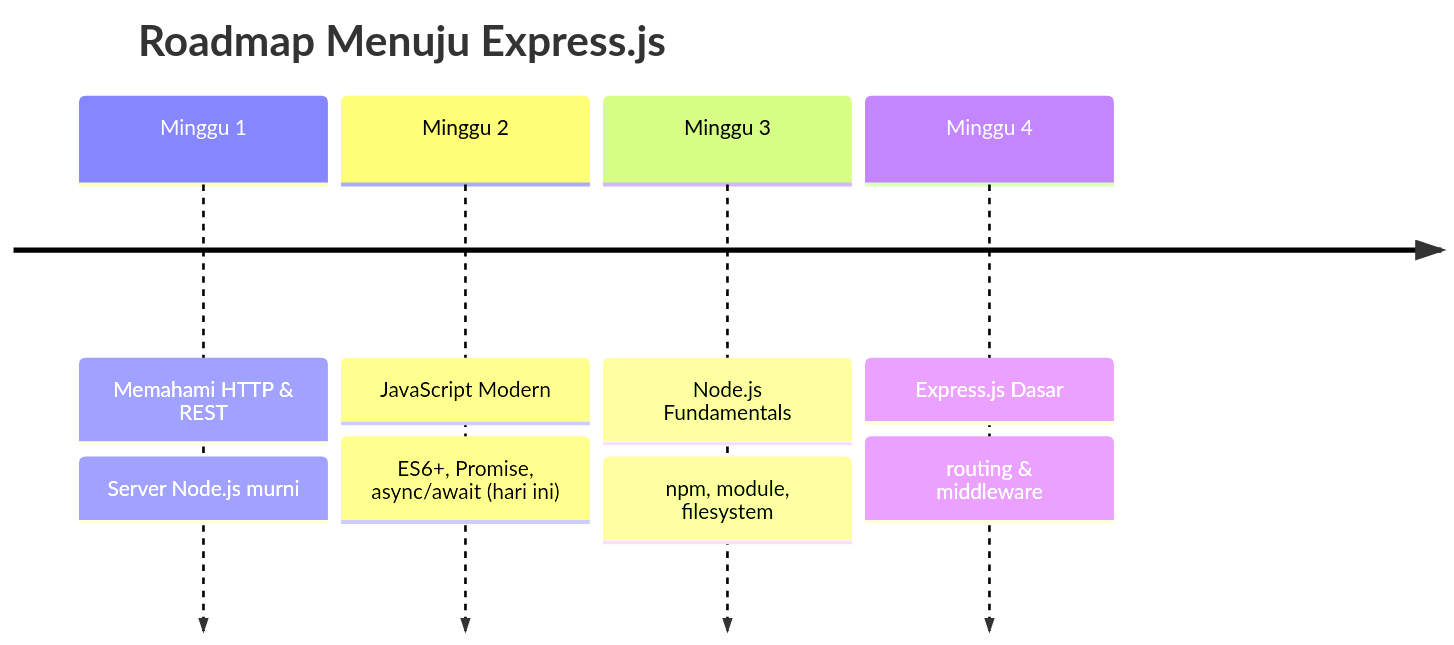
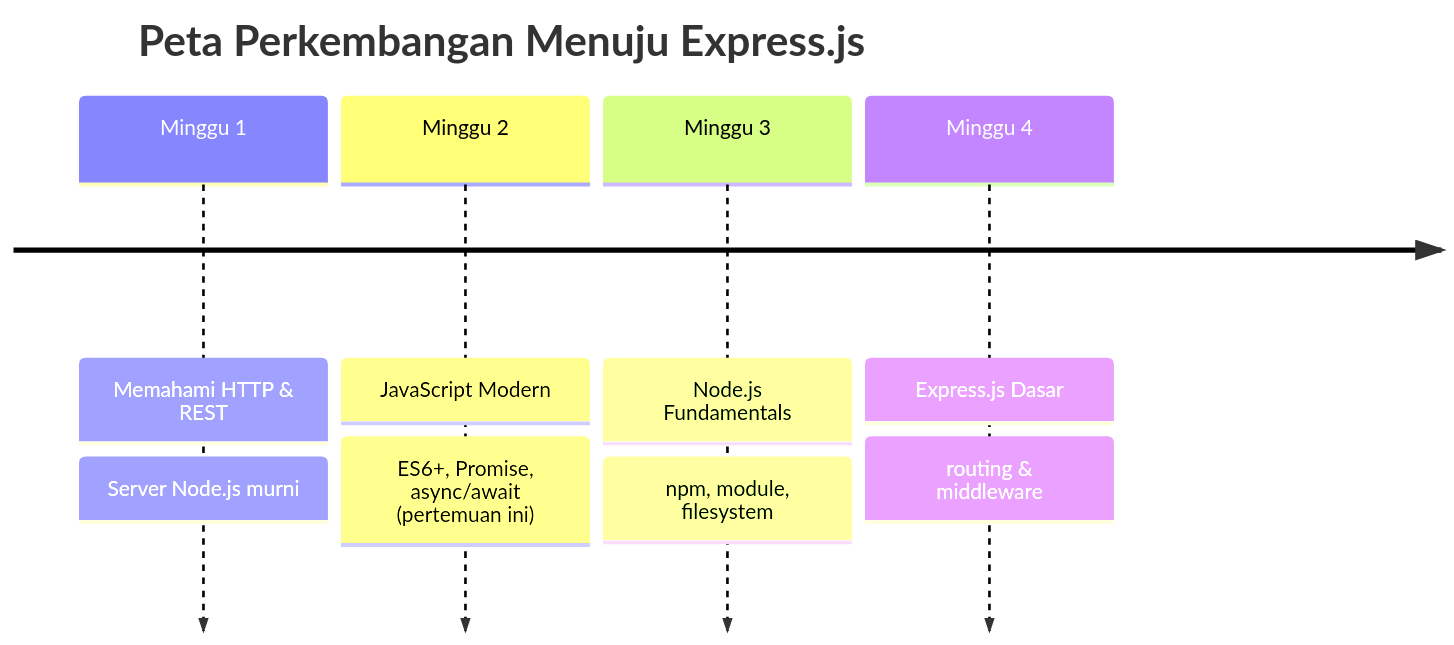
The fifth of 5 diagrams in pertemuan-02/02-Pertemuan-2.md (PBWFEND/Prak-backend), drawn with Mermaid before and after one commit. The commit also changed other lines of this file and 5 other files, not shown here.

````diff
--- a/pertemuan-02/02-Pertemuan-2.md
+++ b/pertemuan-02/02-Pertemuan-2.md
@@ -716,8 +707,8 @@
 ```mermaid
 timeline
-    title Roadmap Menuju Express.js
+    title Peta Perkembangan Menuju Express.js
     Minggu 1 : Memahami HTTP & REST : Server Node.js murni
-    Minggu 2 : JavaScript Modern : ES6+, Promise, async/await (hari ini)
+    Minggu 2 : JavaScript Modern : ES6+, Promise, async/await (pertemuan ini)
     Minggu 3 : Node.js Fundamentals : npm, module, filesystem
     Minggu 4 : Express.js Dasar : routing & middleware
 ```
````
